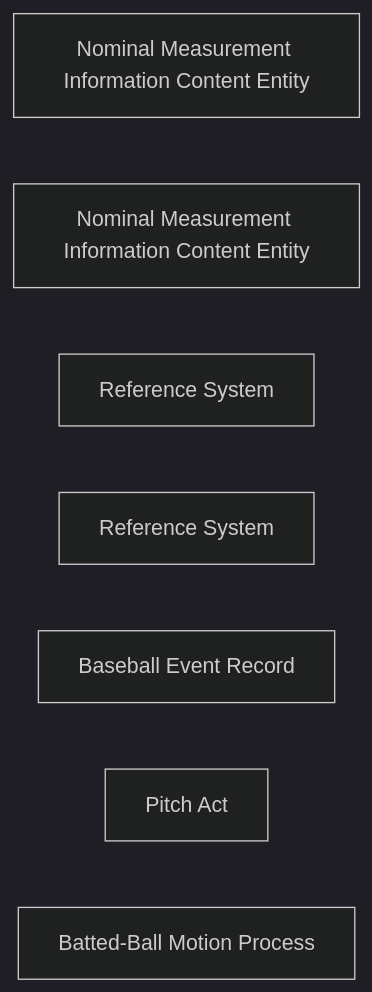
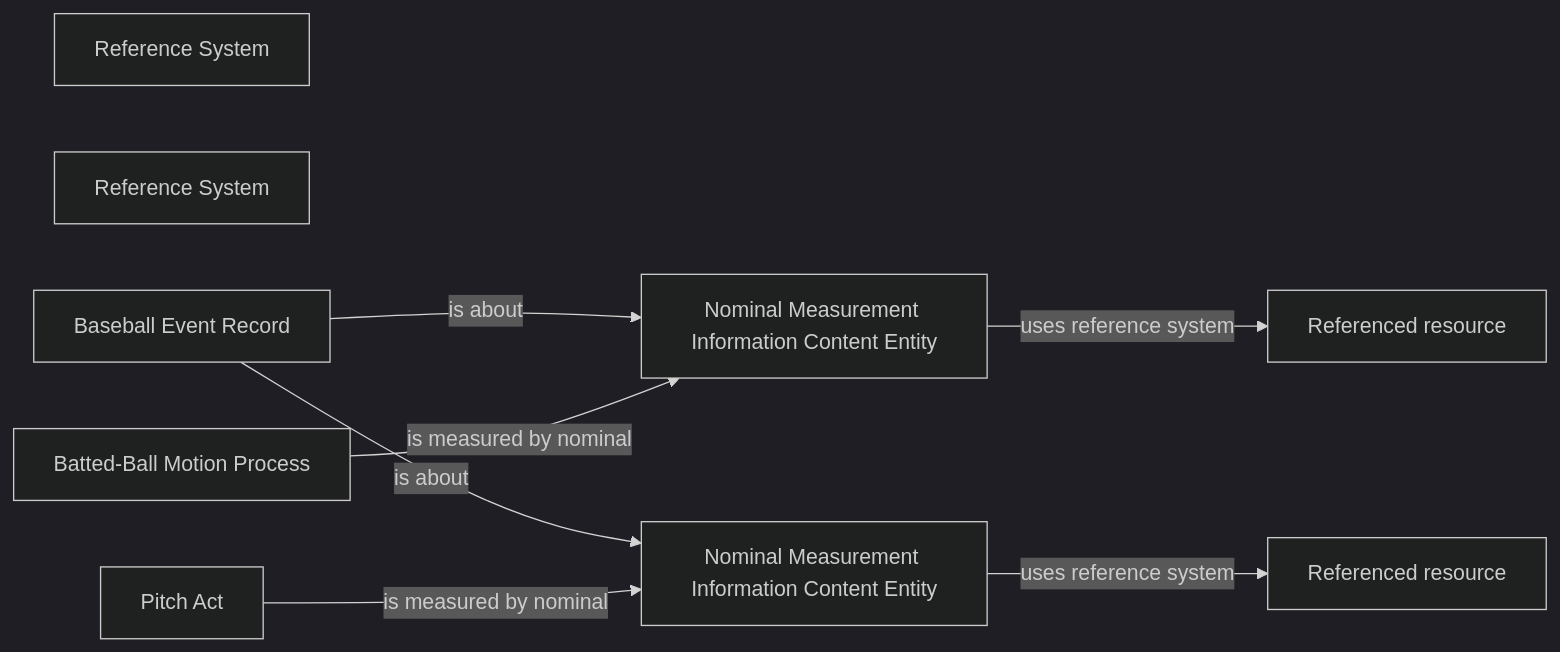
One commit to CarterBeauBenson/BaseballO changed the diagram in Baseball/mermaid/patterns/ontology/26-nominal-pitch-and-trajectory-classification.md. Above: the diagram before and after it, drawn with Mermaid (dark theme). The commit also changed other lines of this file and 152 other files, not shown here.

````diff
--- a/Baseball/mermaid/patterns/ontology/26-nominal-pitch-and-trajectory-classification.md
+++ b/Baseball/mermaid/patterns/ontology/26-nominal-pitch-and-trajectory-classification.md
@@ -10,10 +10,18 @@
 ```mermaid
 flowchart LR
     N01["Nominal Measurement Information Content Entity"]
-    N02["Nominal Measurement Information Content Entity"]
-    N03["Reference System"]
-    N04["Reference System"]
-    N05["Baseball Event Record"]
-    N06["Pitch Act"]
-    N07["Batted-Ball Motion Process"]
+    N02["Referenced resource"]
+    N03["Nominal Measurement Information Content Entity"]
+    N04["Referenced resource"]
+    N05["Reference System"]
+    N06["Reference System"]
+    N07["Baseball Event Record"]
+    N08["Pitch Act"]
+    N09["Batted-Ball Motion Process"]
+    N01 -->|uses reference system| N02
+    N03 -->|uses reference system| N04
+    N07 -->|is about| N01
+    N07 -->|is about| N03
+    N08 -->|is measured by nominal| N03
+    N09 -->|is measured by nominal| N01
 ```
````
